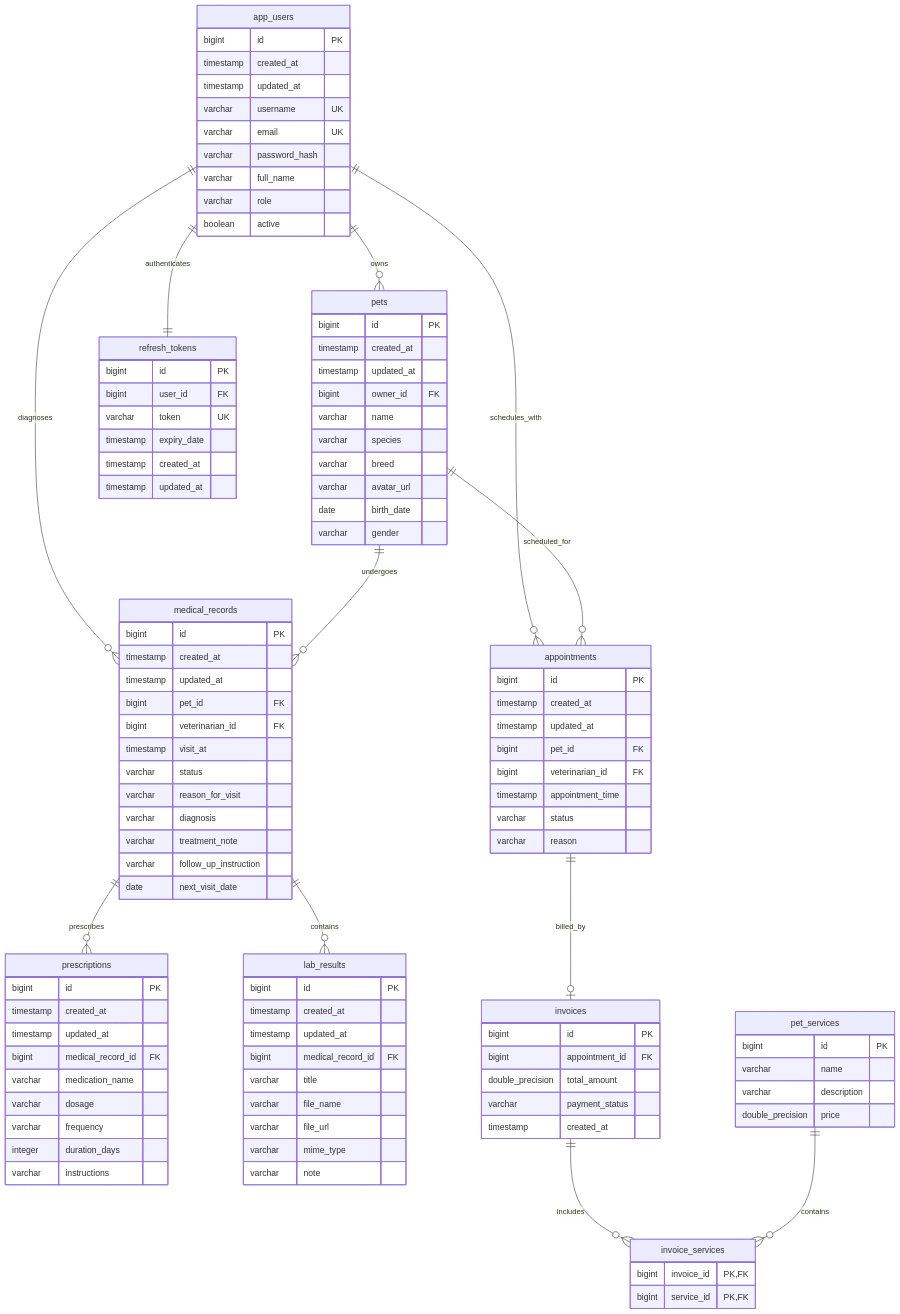
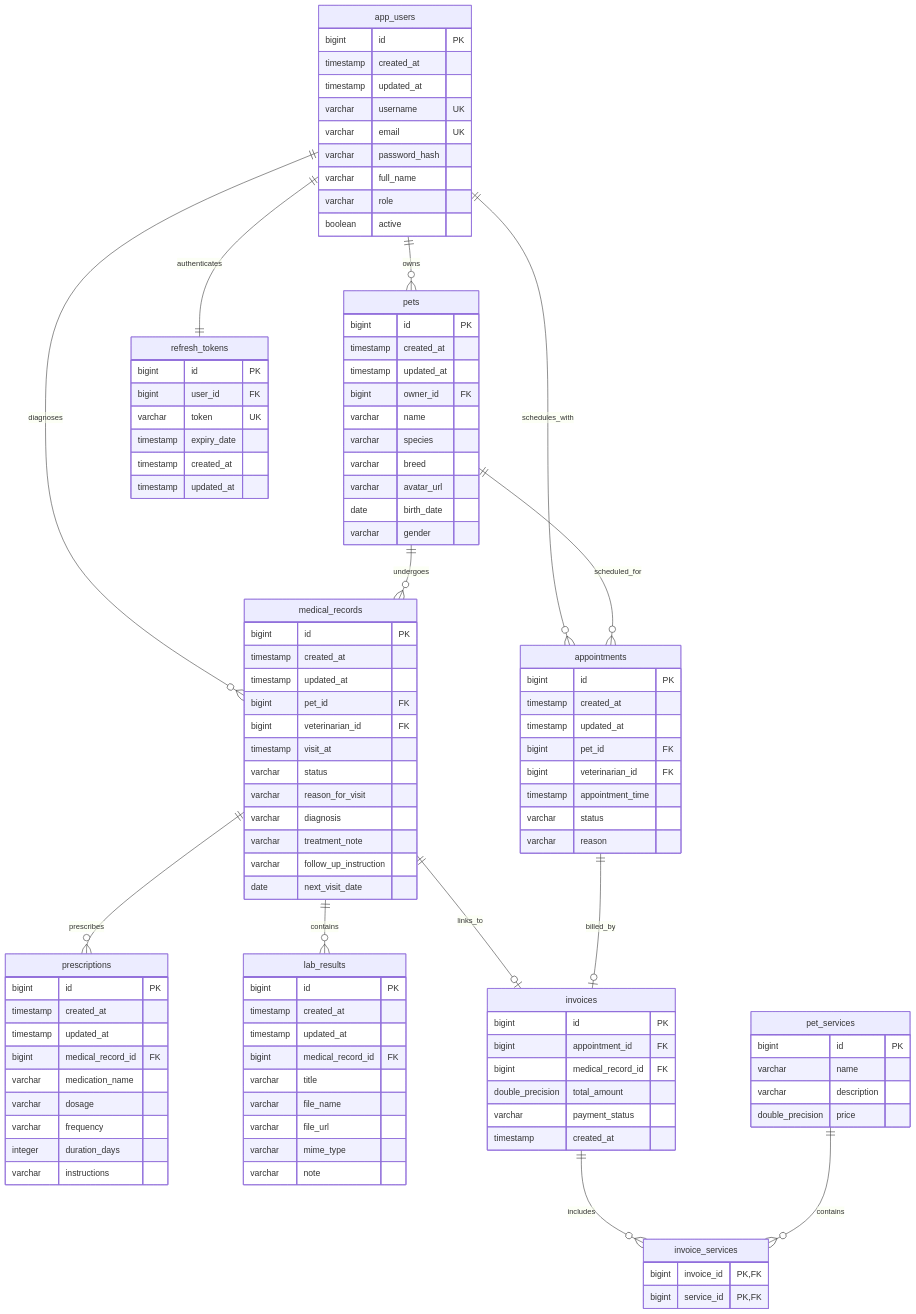
Before and after one commit to pmt204/PetCare: the diagram in DATABASE_ERD.md, drawn with Mermaid. The commit also changed 33 other files, not shown here.

```diff
--- a/DATABASE_ERD.md
+++ b/DATABASE_ERD.md
@@ -88,6 +88,7 @@
     invoices {
         bigint id PK
         bigint appointment_id FK
+        bigint medical_record_id FK
         double_precision total_amount
         varchar payment_status
         timestamp created_at
@@ -122,6 +123,7 @@
     pets ||--o{ appointments : "scheduled_for"
     medical_records ||--o{ prescriptions : "prescribes"
     medical_records ||--o{ lab_results : "contains"
+    medical_records ||--o| invoices : "links_to"
     appointments ||--o| invoices : "billed_by"
     invoices ||--o{ invoice_services : "includes"
     pet_services ||--o{ invoice_services : "contains"
```
